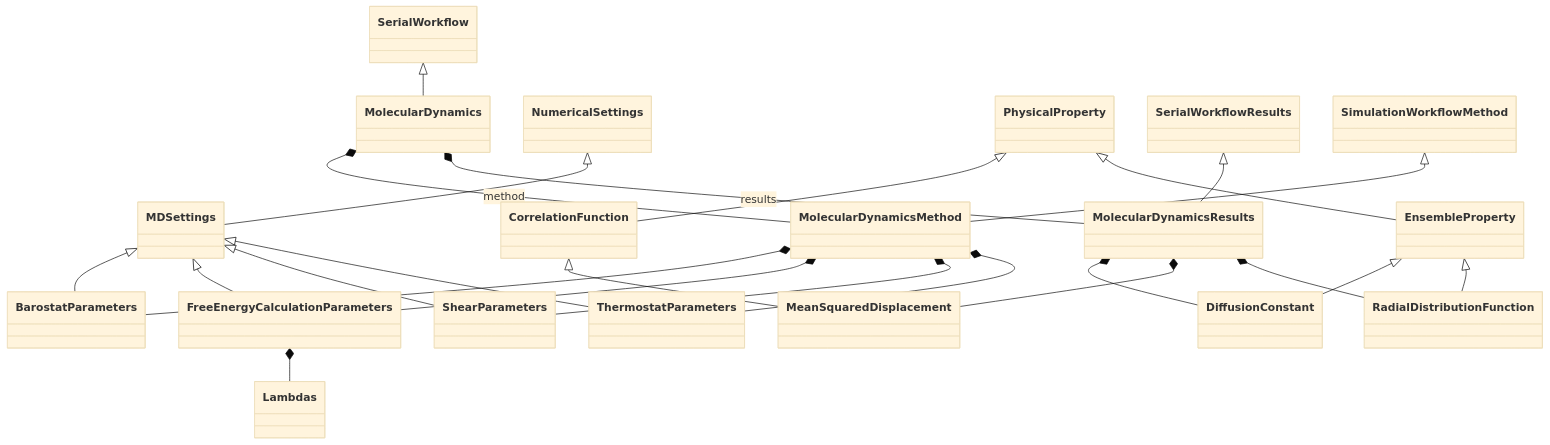
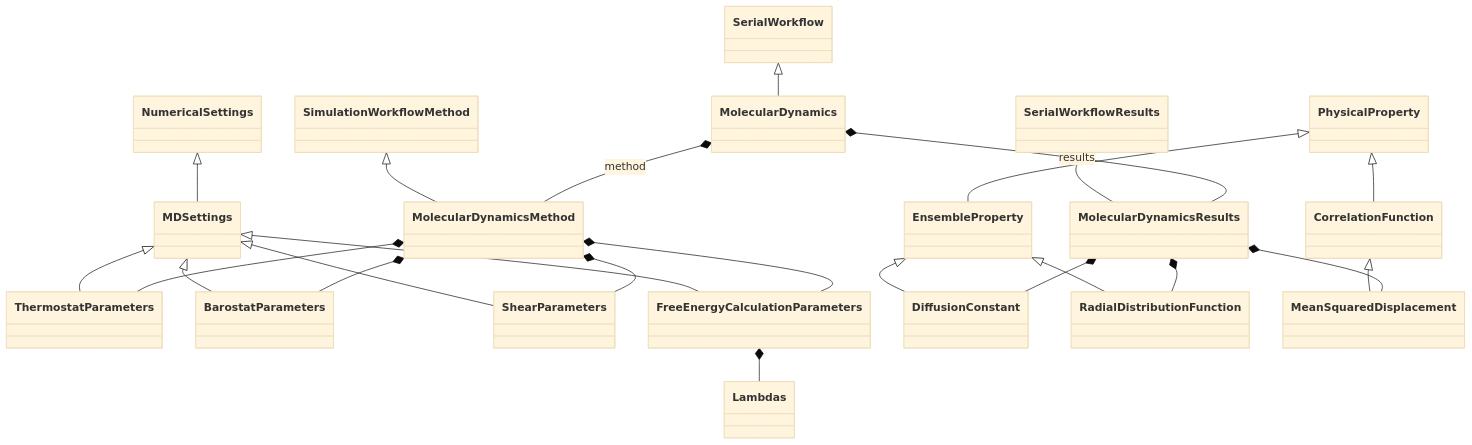
Before and after one commit to FAIRmat-NFDI/nomad-simulations: the diagram in docs/schema/workflow_molecular_dynamics.diagram.md, drawn with Mermaid (base theme). The commit also changed other lines of this file and 18 other files, not shown here.

Commit message:
add specialized workflow methods and results for diagram consistency, and later extension

````diff
--- a/docs/schema/workflow_molecular_dynamics.diagram.md
+++ b/docs/schema/workflow_molecular_dynamics.diagram.md
@@ -14,64 +14,64 @@
 ```mermaid
 classDiagram
+    class SerialWorkflow {
+    }
+    class MolecularDynamics {
+    }
+    class SimulationWorkflowMethod {
+    }
+    class MolecularDynamicsMethod {
+    }
+    class SerialWorkflowResults {
+    }
+    class MolecularDynamicsResults {
+    }
+    class NumericalSettings {
+    }
+    class MDSettings {
+    }
+    class ThermostatParameters {
+    }
     class BarostatParameters {
     }
-    class CorrelationFunction {
-    }
-    class DiffusionConstant {
-    }
-    class EnsembleProperty {
+    class ShearParameters {
     }
     class FreeEnergyCalculationParameters {
     }
     class Lambdas {
     }
-    class MDSettings {
+    class PhysicalProperty {
     }
-    class MeanSquaredDisplacement {
+    class EnsembleProperty {
     }
-    class MolecularDynamics {
-    }
-    class MolecularDynamicsMethod {
-    }
-    class MolecularDynamicsResults {
-    }
-    class NumericalSettings {
-    }
-    class PhysicalProperty {
+    class DiffusionConstant {
     }
     class RadialDistributionFunction {
     }
-    class SerialWorkflow {
+    class CorrelationFunction {
     }
-    class SerialWorkflowResults {
-    }
-    class ShearParameters {
-    }
-    class SimulationWorkflowMethod {
-    }
-    class ThermostatParameters {
+    class MeanSquaredDisplacement {
     }
     MDSettings <|-- BarostatParameters
     PhysicalProperty <|-- CorrelationFunction
     EnsembleProperty <|-- DiffusionConstant
     PhysicalProperty <|-- EnsembleProperty
     MDSettings <|-- FreeEnergyCalculationParameters
     NumericalSettings <|-- MDSettings
     CorrelationFunction <|-- MeanSquaredDisplacement
     SerialWorkflow <|-- MolecularDynamics
     SimulationWorkflowMethod <|-- MolecularDynamicsMethod
     SerialWorkflowResults <|-- MolecularDynamicsResults
     EnsembleProperty <|-- RadialDistributionFunction
     MDSettings <|-- ShearParameters
     MDSettings <|-- ThermostatParameters
     FreeEnergyCalculationParameters *-- Lambdas
     MolecularDynamics *-- MolecularDynamicsMethod : method
     MolecularDynamics *-- MolecularDynamicsResults : results
     MolecularDynamicsMethod *-- BarostatParameters
     MolecularDynamicsMethod *-- FreeEnergyCalculationParameters
     MolecularDynamicsMethod *-- ShearParameters
     MolecularDynamicsMethod *-- ThermostatParameters
     MolecularDynamicsResults *-- DiffusionConstant
     MolecularDynamicsResults *-- MeanSquaredDisplacement
     MolecularDynamicsResults *-- RadialDistributionFunction
 ```
````
